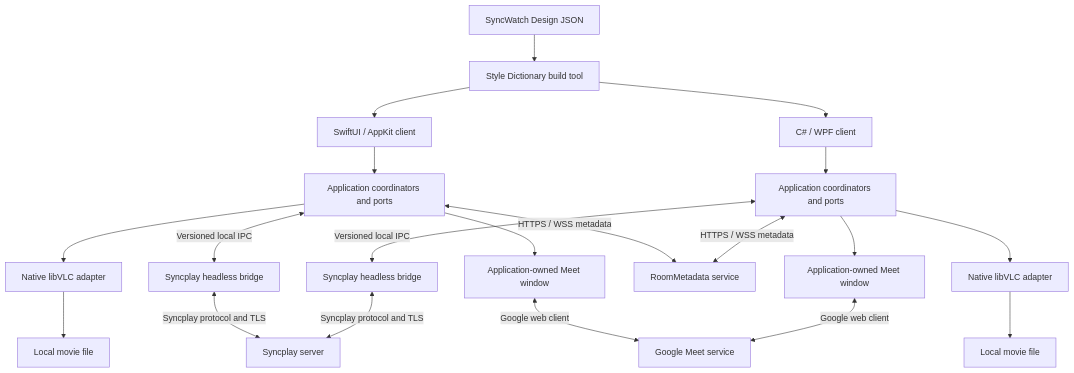
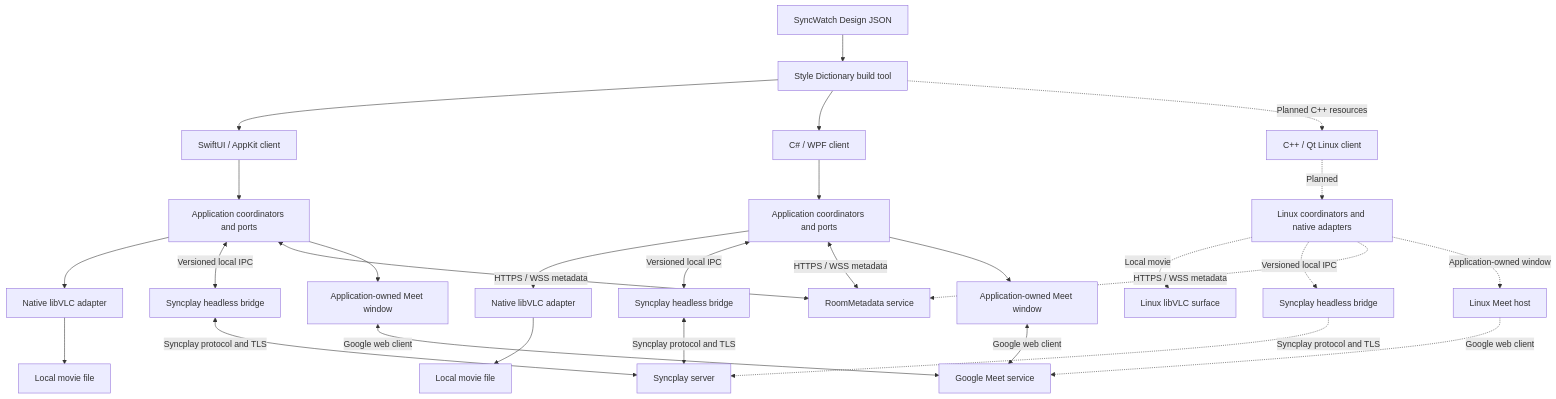
Before and after one commit to allnes/syncwatch-2: the first of 2 diagrams in docs/architecture/README.md, drawn with Mermaid. The commit also changed other lines of this file and 2 other files, not shown here.

Commit message:
Document the planned C++ and Qt Linux client

````diff
--- a/docs/architecture/README.md
+++ b/docs/architecture/README.md
@@ -24,22 +25,30 @@
 ```mermaid
 flowchart TB
     D[SyncWatch Design JSON] --> G[Style Dictionary build tool]
     G --> A[SwiftUI / AppKit client]
     G --> W[C# / WPF client]
+    G -. Planned C++ resources .-> L[C++ / Qt Linux client]
+    L -. Planned .-> CL[Linux coordinators and native adapters]
+    CL -. Local movie .-> FL[Linux libVLC surface]
+    CL -. Versioned local IPC .-> SL[Syncplay headless bridge]
+    SL -. Syncplay protocol and TLS .-> SS
+    CL -. HTTPS / WSS metadata .-> R
+    CL -. Application-owned window .-> ML[Linux Meet host]
+    ML -. Google web client .-> M
     A --> CA[Application coordinators and ports]
     W --> CW[Application coordinators and ports]
     CA --> VA[Native libVLC adapter]
     CW --> VW[Native libVLC adapter]
     VA --> FA[Local movie file]
     VW --> FW[Local movie file]
     CA <-->|Versioned local IPC| SA[Syncplay headless bridge]
     CW <-->|Versioned local IPC| SW[Syncplay headless bridge]
     SA <-->|Syncplay protocol and TLS| SS[Syncplay server]
     SW <-->|Syncplay protocol and TLS| SS
     CA <-->|HTTPS / WSS metadata| R[RoomMetadata service]
     CW <-->|HTTPS / WSS metadata| R
     CA --> MA[Application-owned Meet window]
     CW --> MW[Application-owned Meet window]
     MA <-->|Google web client| M[Google Meet service]
     MW <-->|Google web client| M
 ```
````
